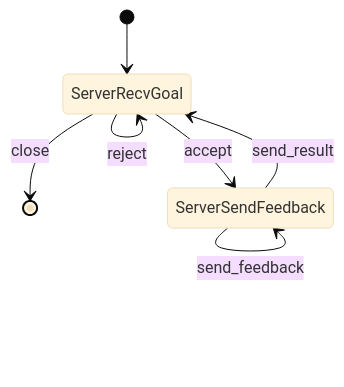
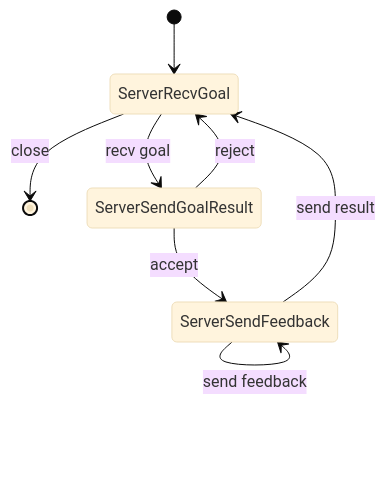
The second of 3 diagrams in specification/t4os_async_lib/src/action.rs/README.md (tier4/awkernel), drawn with Mermaid (base theme) before and after one commit. The commit also changed other lines of this file and 3 other files, not shown here.

````diff
--- a/specification/t4os_async_lib/src/action.rs/README.md
+++ b/specification/t4os_async_lib/src/action.rs/README.md
@@ -58,9 +63,10 @@
 ```mermaid
 stateDiagram
     [*] --> ServerRecvGoal
     ServerRecvGoal --> [*]: close
-    ServerRecvGoal --> ServerRecvGoal: reject
-    ServerRecvGoal --> ServerSendFeedback: accept
-    ServerSendFeedback --> ServerSendFeedback: send_feedback
-    ServerSendFeedback --> ServerRecvGoal: send_result
+    ServerRecvGoal --> ServerSendGoalResult: recv goal
+    ServerSendGoalResult --> ServerRecvGoal: reject
+    ServerSendGoalResult --> ServerSendFeedback: accept
+    ServerSendFeedback --> ServerSendFeedback: send feedback
+    ServerSendFeedback --> ServerRecvGoal: send result
 ```
````
